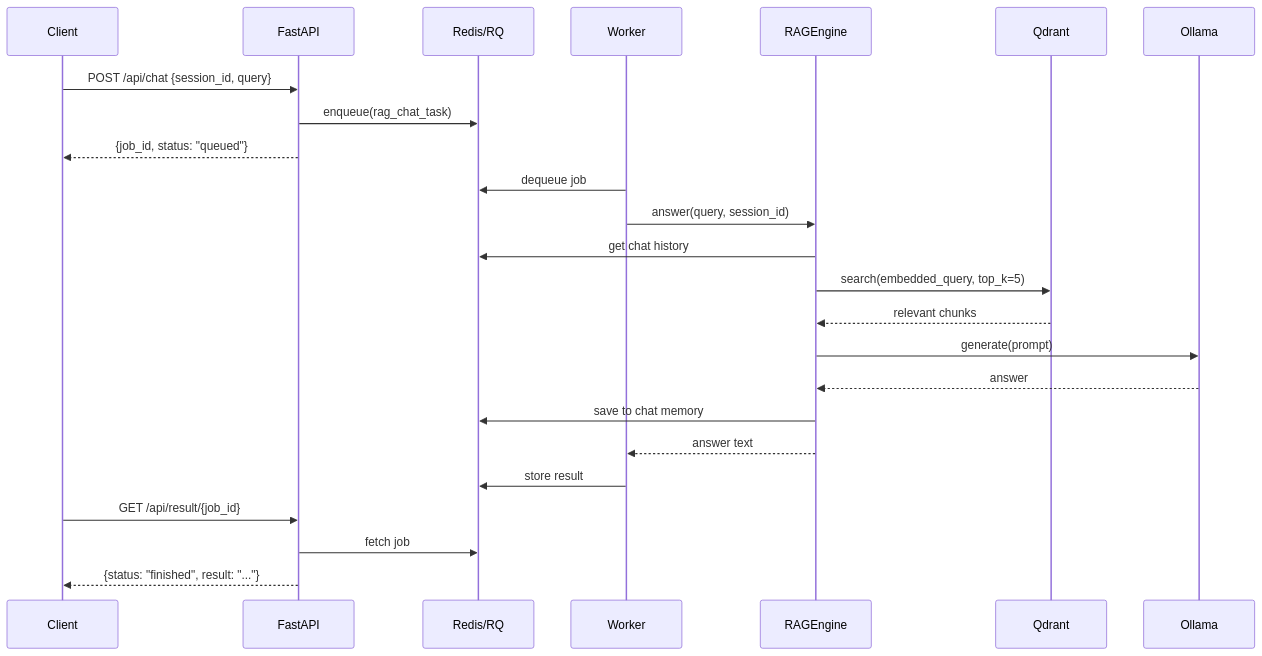
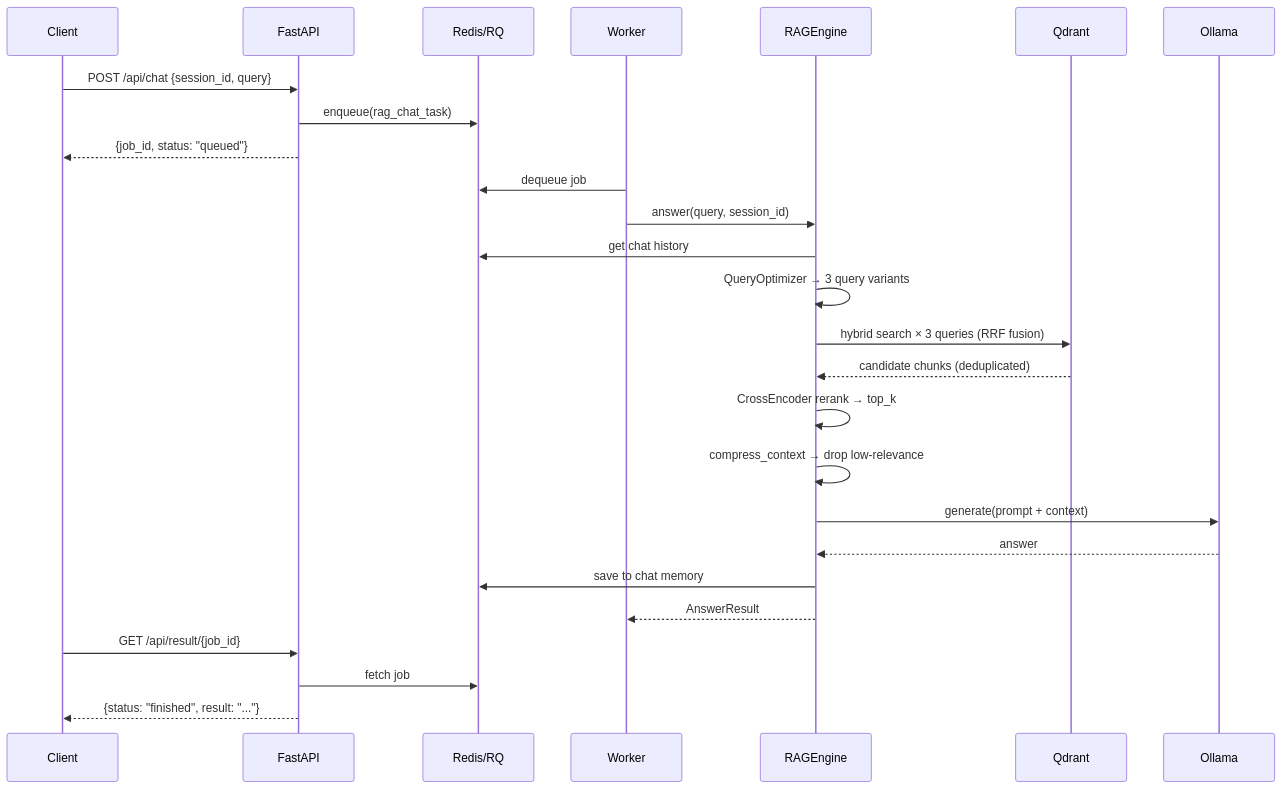
The third of 3 diagrams in readme.md (dev2180/rag-async-chat), drawn with Mermaid before and after one commit. The commit also changed other lines of this file and 18 other files, not shown here.

First line of the commit message:
chore: RAG architecture documentation, test environment fixes, and optimizer robustness

````diff
--- a/readme.md
+++ b/readme.md
@@ -197,29 +249,31 @@
 ```mermaid
 sequenceDiagram
     participant Client
     participant FastAPI
     participant Redis/RQ
     participant Worker
     participant RAGEngine
     participant Qdrant
     participant Ollama
 
     Client->>FastAPI: POST /api/chat {session_id, query}
     FastAPI->>Redis/RQ: enqueue(rag_chat_task)
     FastAPI-->>Client: {job_id, status: "queued"}
 
     Worker->>Redis/RQ: dequeue job
     Worker->>RAGEngine: answer(query, session_id)
     RAGEngine->>Redis/RQ: get chat history
-    RAGEngine->>Qdrant: search(embedded_query, top_k=5)
-    Qdrant-->>RAGEngine: relevant chunks
-    RAGEngine->>Ollama: generate(prompt)
+    RAGEngine->>RAGEngine: QueryOptimizer → 3 query variants
+    RAGEngine->>Qdrant: hybrid search × 3 queries (RRF fusion)
+    Qdrant-->>RAGEngine: candidate chunks (deduplicated)
+    RAGEngine->>RAGEngine: CrossEncoder rerank → top_k
+    RAGEngine->>RAGEngine: compress_context → drop low-relevance
+    RAGEngine->>Ollama: generate(prompt + context)
     Ollama-->>RAGEngine: answer
     RAGEngine->>Redis/RQ: save to chat memory
-    RAGEngine-->>Worker: answer text
-    Worker->>Redis/RQ: store result
+    RAGEngine-->>Worker: AnswerResult
 
     Client->>FastAPI: GET /api/result/{job_id}
     FastAPI->>Redis/RQ: fetch job
     FastAPI-->>Client: {status: "finished", result: "..."}
 ```
````
